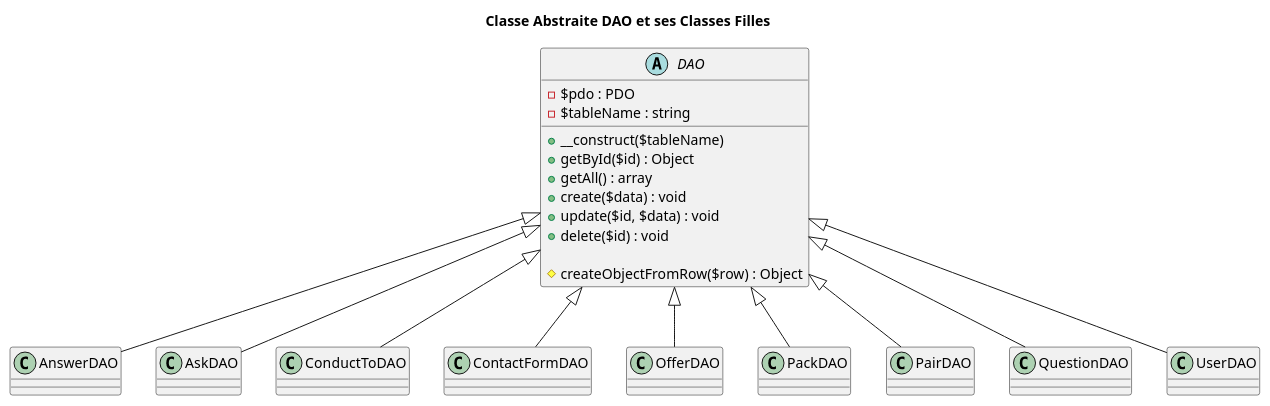
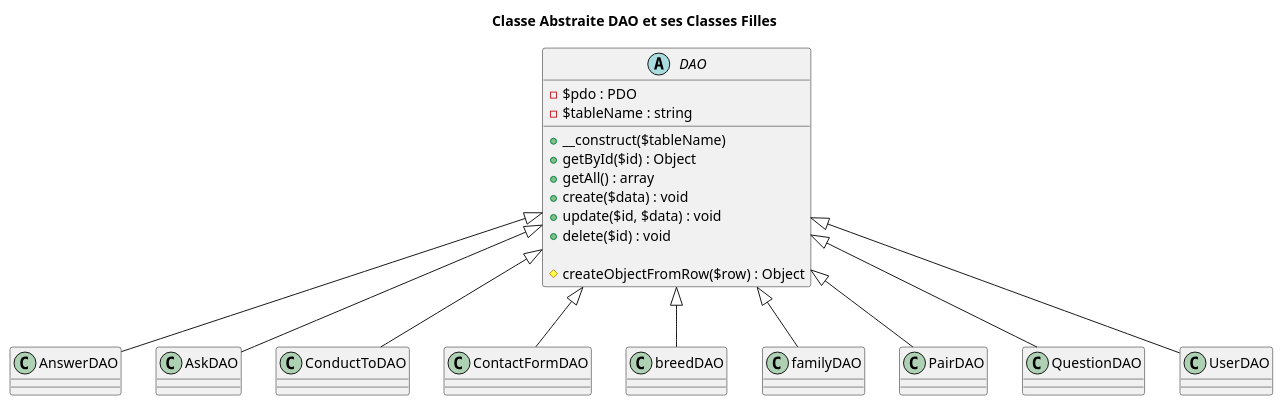
Before and after one commit to Thais81/WhatDogRU: the diagram in AbstractDAO.plantuml, drawn with PlantUML. The commit also changed 25 other files, not shown here.

```diff
--- a/AbstractDAO.plantuml
+++ b/AbstractDAO.plantuml
@@ -1,42 +1,42 @@
 @startuml RoofDevis
 
 title Classe Abstraite DAO et ses Classes Filles
 
 ' Classe abstraite DAO
 abstract class DAO {
     - $pdo : PDO
     - $tableName : string
     
     + __construct($tableName)
     + getById($id) : Object
     + getAll() : array
     + create($data) : void
     + update($id, $data) : void
     + delete($id) : void
     
     # createObjectFromRow($row) : Object
 }
 
 ' Classes filles héritant de DAO
 class AnswerDAO
 class AskDAO
 class ConductToDAO
 class ContactFormDAO
-class OfferDAO
-class PackDAO
+class breedDAO
+class familyDAO
 class PairDAO
 class QuestionDAO
 class UserDAO
 
 ' Relations d'héritage
 DAO <|-- AnswerDAO
 DAO <|-- AskDAO
 DAO <|-- ConductToDAO
 DAO <|-- ContactFormDAO
-DAO <|-- OfferDAO
-DAO <|-- PackDAO
+DAO <|-- breedDAO
+DAO <|-- familyDAO
 DAO <|-- PairDAO
 DAO <|-- QuestionDAO
 DAO <|-- UserDAO
 
 @enduml
```
